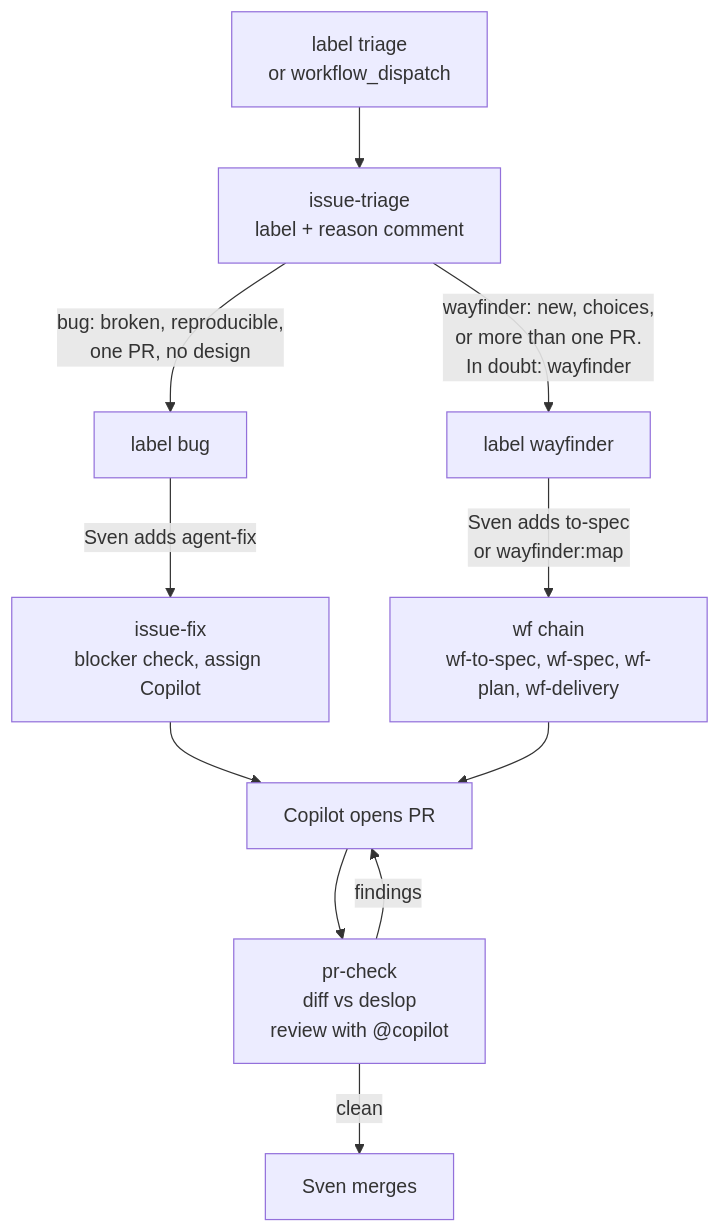
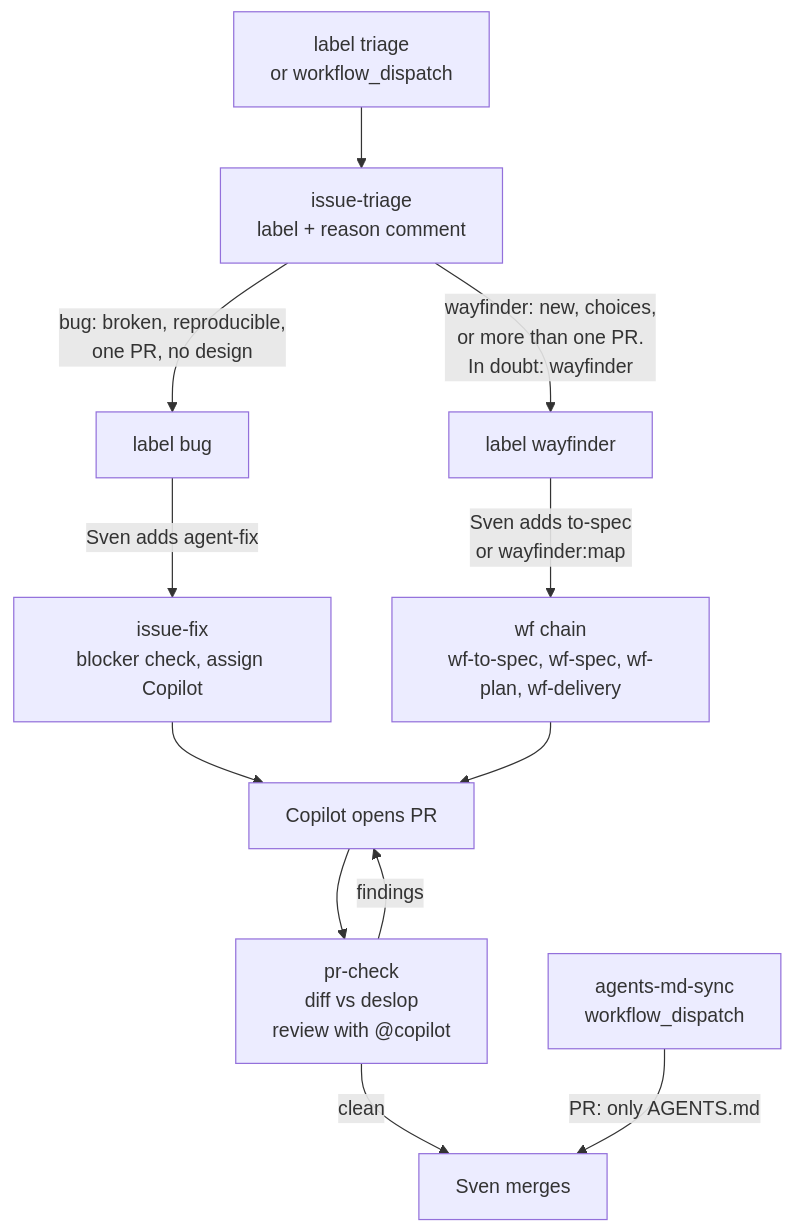
The first of 5 diagrams in workflows/README.md (svennijhuis/agentic-workflows), drawn with Mermaid before and after one commit. The commit also changed other lines of this file and 1 other file, not shown here.

Commit message:
agents-md-sync workflow: write or update AGENTS.md from main commits since marker; README

````diff
--- a/workflows/README.md
+++ b/workflows/README.md
@@ -23,13 +23,14 @@
 ```mermaid
 flowchart TD
   T[label triage<br/>or workflow_dispatch] --> TR[issue-triage<br/>label + reason comment]
   TR -->|bug: broken, reproducible,<br/>one PR, no design| B[label bug]
   TR -->|wayfinder: new, choices,<br/>or more than one PR.<br/>In doubt: wayfinder| W[label wayfinder]
   B -->|Sven adds agent-fix| IF[issue-fix<br/>blocker check, assign Copilot]
   W -->|Sven adds to-spec<br/>or wayfinder:map| CH[wf chain<br/>wf-to-spec, wf-spec, wf-plan, wf-delivery]
   IF --> CP[Copilot opens PR]
   CH --> CP
   CP --> PC[pr-check<br/>diff vs deslop<br/>review with @copilot]
   PC -->|findings| CP
   PC -->|clean| M[Sven merges]
+  AS[agents-md-sync<br/>workflow_dispatch] -->|PR: only AGENTS.md| M
 ```
````
